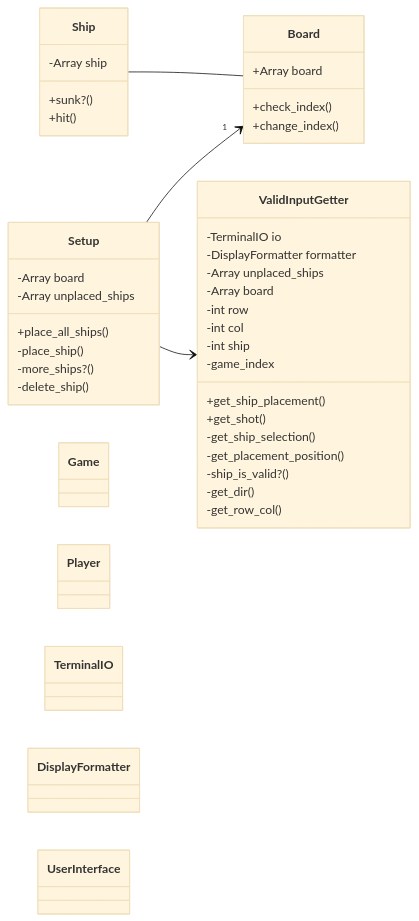
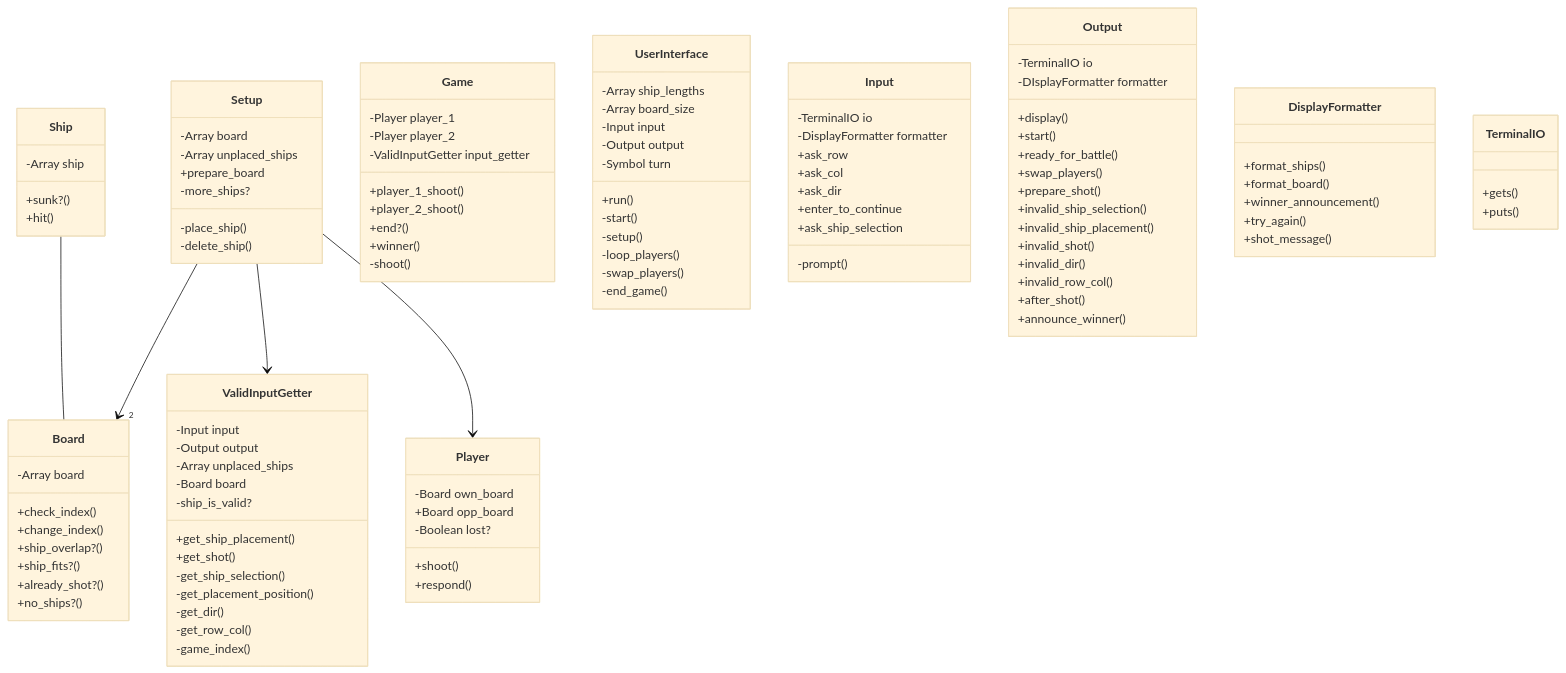
One commit to ritaaktay/battleships changed the diagram in README.md. Above: the diagram before and after it, drawn with Mermaid (base theme). The commit also changed 7 other files, not shown here.

Commit message:
Updated class diagram

````diff
--- a/README.md
+++ b/README.md
@@ -1,10 +1,10 @@
 ```mermaid
    classDiagram
-   direction LR
-   
+
    Ship -- Board
-   Setup --> "1" Board
+   Setup --> "2" Board
    Setup --> ValidInputGetter
+   Setup --> Player
 
    class Ship{
       -Array ship
@@ -13,56 +13,110 @@
    }
 
    class Board {
-      +Array board
-      +check_index() 
+      -Array board
+      +check_index()
       +change_index()
+      +ship_overlap?()
+      +ship_fits?()
+      +already_shot?()
+      +no_ships?()
+   }
+
+   class Player {
+      -Board own_board
+      +Board opp_board
+      -Boolean lost?
+      +shoot()
+      +respond()
    }
 
    class Setup {
       -Array board
       -Array unplaced_ships
-      +place_all_ships()
+      +prepare_board
       -place_ship()
-      -more_ships?()
+      -more_ships?
       -delete_ship()
    }
 
+   class Game {
+      -Player player_1
+      -Player player_2
+      -ValidInputGetter input_getter
+      +player_1_shoot()
+      +player_2_shoot()
+      +end?()
+      +winner()
+      -shoot()
+   }
+
    class ValidInputGetter {
-      -TerminalIO io
-      -DisplayFormatter formatter
+      -Input input
+      -Output output
       -Array unplaced_ships
-      -Array board
-      -int row
-      -int col
-      -int ship
+      -Board board
       +get_ship_placement()
       +get_shot()
       -get_ship_selection()
       -get_placement_position()
-      -ship_is_valid?()
+      -ship_is_valid?
       -get_dir()
       -get_row_col()
-      -game_index
+      -game_index()
    }
 
-   class Game {
-   
+   class UserInterface {
+      -Array ship_lengths
+      -Array board_size
+      -Input input
+      -Output output
+      -Symbol turn
+      +run()
+      -start()
+      -setup()
+      -loop_players()
+      -swap_players()
+      -end_game()
+   }
+  
+   class Input {
+      -TerminalIO io
+      -DisplayFormatter formatter
+      +ask_row
+      +ask_col
+      +ask_dir
+      +enter_to_continue
+      +ask_ship_selection
+      -prompt()
    }
 
-   class Player {
+   class Output {
+      -TerminalIO io
+      -DIsplayFormatter formatter
+      +display()
+      +start()
+      +ready_for_battle()
+      +swap_players()
+      +prepare_shot()
+      +invalid_ship_selection()
+      +invalid_ship_placement()
+      +invalid_shot()
+      +invalid_dir()
+      +invalid_row_col()
+      +after_shot()
+      +announce_winner()
+   }
 
+   class DisplayFormatter {
+      +format_ships()
+      +format_board()
+      +winner_announcement()
+      +try_again()
+      +shot_message()
    }
 
    class TerminalIO {
-
+      +gets()
+      +puts()
    }
-
-   class DisplayFormatter {
-
-   }
-
-   class UserInterface {
-      
-   }
-
 ```
````
